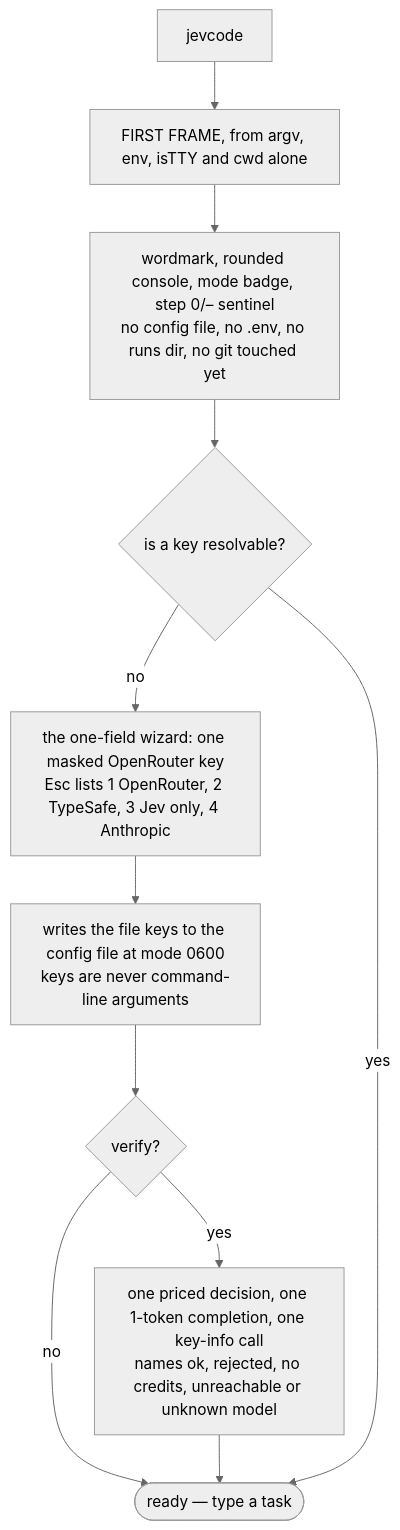
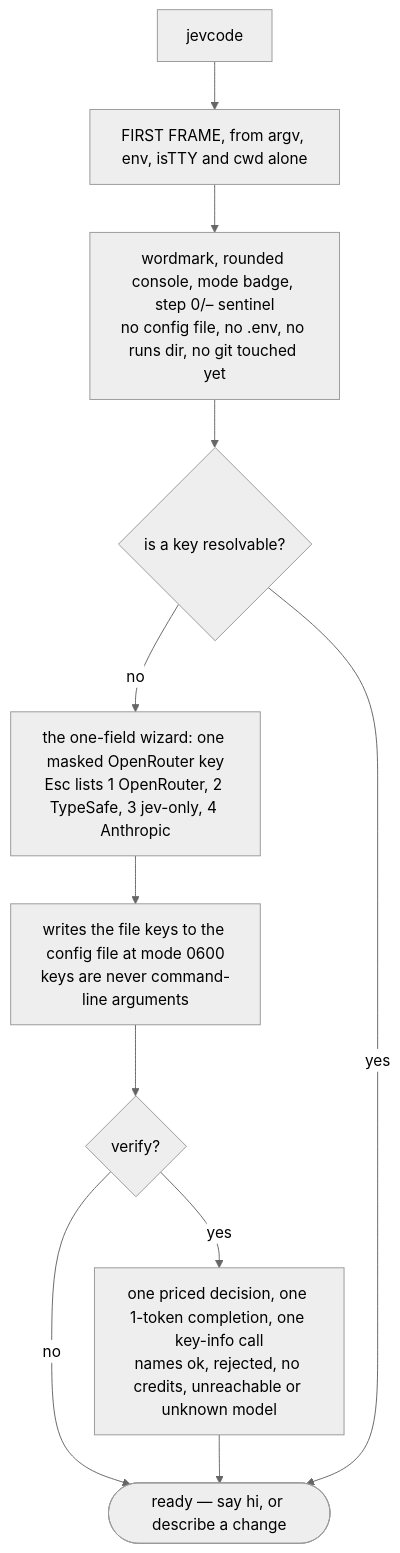
One commit to coasty-ai/JevCode changed the first of 2 diagrams in docs/getting-started/first-run.md. Above: the diagram before and after it, drawn with Mermaid (neutral theme). The commit also changed other lines of this file and 13 other files, not shown here.

First line of the commit message:
docs(getting-started,operations,reference): agent is the default; one conversation; Jev optional; full autonomy never asks or refuses

````diff
--- a/docs/getting-started/first-run.md
+++ b/docs/getting-started/first-run.md
@@ -86,13 +106,13 @@
 ```mermaid
 flowchart TD
   RUN["jevcode"] --> FF["FIRST FRAME, from argv, env, isTTY and cwd alone"]
   FF --> FFD["wordmark, rounded console, mode badge, step 0/– sentinel<br/>no config file, no .env, no runs dir, no git touched yet"]
   FFD --> KEYQ{"is a key resolvable?"}
-  KEYQ -->|"no"| WIZ["the one-field wizard: one masked OpenRouter key<br/>Esc lists 1 OpenRouter, 2 TypeSafe, 3 Jev only, 4 Anthropic"]
+  KEYQ -->|"no"| WIZ["the one-field wizard: one masked OpenRouter key<br/>Esc lists 1 OpenRouter, 2 TypeSafe, 3 jev-only, 4 Anthropic"]
   WIZ --> SAVE["writes the file keys to the config file at mode 0600<br/>keys are never command-line arguments"]
   SAVE --> VERQ{"verify?"}
   VERQ -->|"yes"| VER["one priced decision, one 1-token completion, one key-info call<br/>names ok, rejected, no credits, unreachable or unknown model"]
   VERQ -->|"no"| READY
   VER --> READY
-  KEYQ -->|"yes"| READY(["ready — type a task"])
+  KEYQ -->|"yes"| READY(["ready — say hi, or describe a change"])
 ```
````
